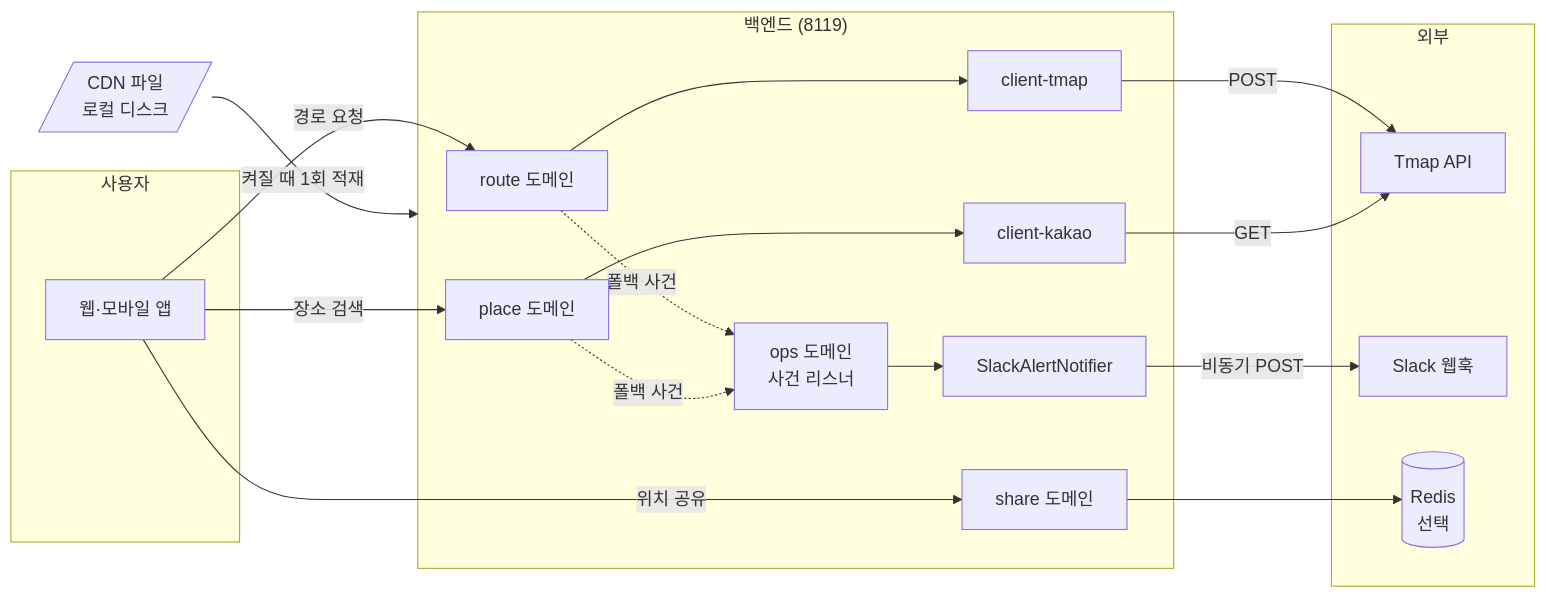
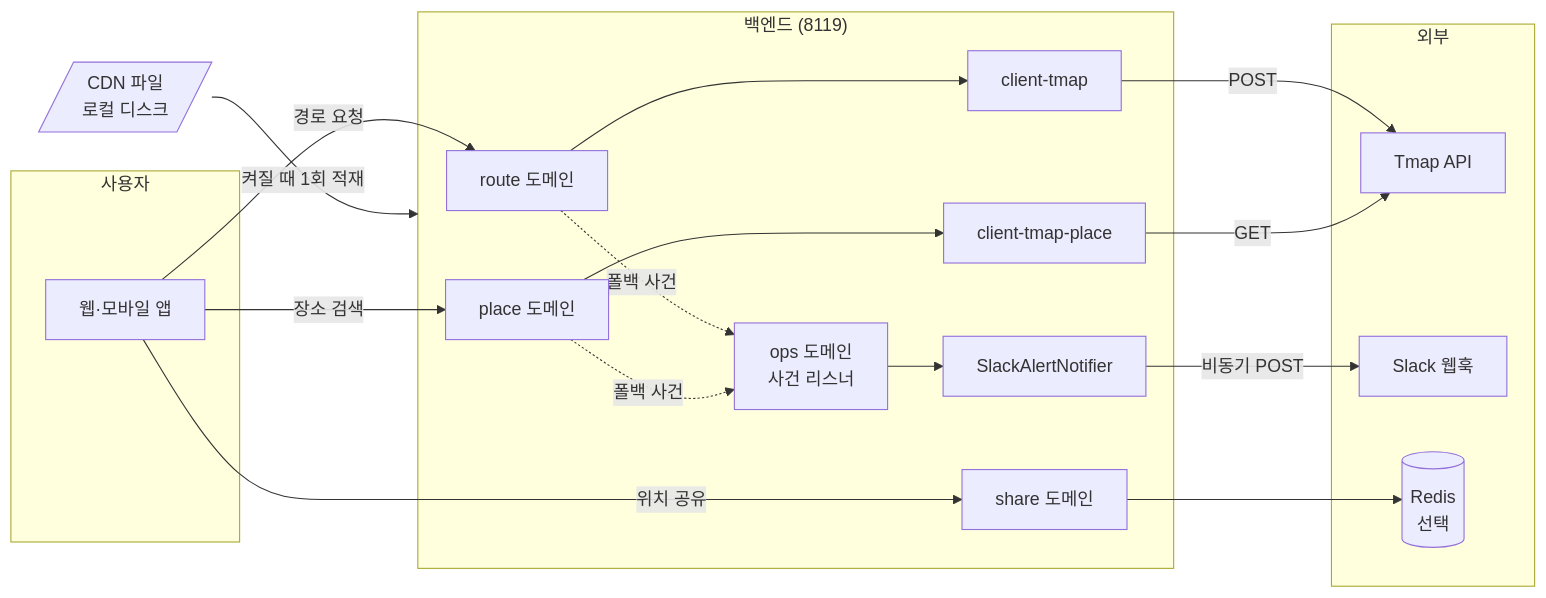
Before and after one commit to soo-ai-agent/bueongi-backend: the first of 3 diagrams in docs/EXTERNAL_SERVICES.md, drawn with Mermaid. The commit also changed other lines of this file and 15 other files, not shown here.

First line of the commit message:
refactor(place): 장소 검색을 계약 모듈 뒤로 옮겨 core 가 Tmap 을 모르게 한다

````diff
--- a/docs/EXTERNAL_SERVICES.md
+++ b/docs/EXTERNAL_SERVICES.md
@@ -23,29 +23,29 @@
 ```mermaid
 flowchart LR
     subgraph 사용자
         FE[웹·모바일 앱]
     end
     subgraph 백엔드["백엔드 (8119)"]
         RC[route 도메인]
         PC[place 도메인]
         SH[share 도메인]
         OPS[ops 도메인<br/>사건 리스너]
         TM[client-tmap]
-        KK[client-kakao]
+        TP[client-tmap-place]
         SN[SlackAlertNotifier]
     end
     subgraph 외부
         TMAP[Tmap API]
         SLACK[Slack 웹훅]
         REDIS[(Redis<br/>선택)]
     end
     CDN[/CDN 파일<br/>로컬 디스크/]
 
     FE -->|경로 요청| RC --> TM -->|POST| TMAP
-    FE -->|장소 검색| PC --> KK -->|GET| TMAP
+    FE -->|장소 검색| PC --> TP -->|GET| TMAP
     FE -->|위치 공유| SH --> REDIS
     RC -. 폴백 사건 .-> OPS
     PC -. 폴백 사건 .-> OPS
     OPS --> SN -->|비동기 POST| SLACK
     CDN -->|켜질 때 1회 적재| 백엔드
 ```
````
